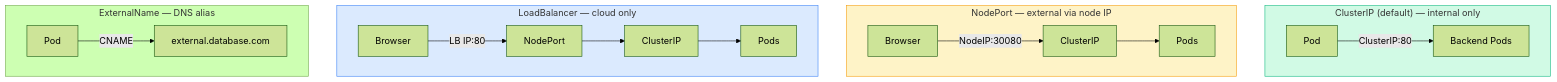
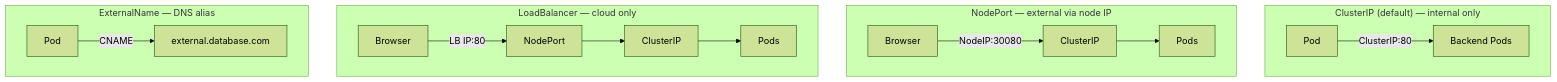
Before and after one commit to Gautam4424/k8slearn-content: the second of 2 diagrams in content/cka/03-core-concepts-pods-services-deployments/34-services-clusterip-nodeport-loadbalancer/34-services-clusterip-nodeport-loadbalancer.md, drawn with Mermaid (forest theme). The commit also changed other lines of this file and 40 other files, not shown here.

Commit message:
chore: fix mermaid style regex

````diff
--- a/content/cka/03-core-concepts-pods-services-deployments/34-services-clusterip-nodeport-loadbalancer/34-services-clusterip-nodeport-loadbalancer.md
+++ b/content/cka/03-core-concepts-pods-services-deployments/34-services-clusterip-nodeport-loadbalancer/34-services-clusterip-nodeport-loadbalancer.md
@@ -39,18 +38,15 @@
 ```mermaid
 flowchart TD
     subgraph CIP["ClusterIP (default) — internal only"]
         C1["Pod"] -->|ClusterIP:80| C2["Backend Pods"]
     end
     subgraph NP["NodePort — external via node IP"]
         N1["Browser"] -->|NodeIP:30080| N2["ClusterIP"] --> N3["Pods"]
     end
     subgraph LB["LoadBalancer — cloud only"]
         L1["Browser"] -->|LB IP:80| L2["NodePort"] --> L3["ClusterIP"] --> L4["Pods"]
     end
     subgraph EN["ExternalName — DNS alias"]
         E1["Pod"] -->|CNAME| E2["external.database.com"]
     end
-    style CIP fill:#d1fae5,stroke:#10b981
-    style NP fill:#fef3c7,stroke:#f59e0b
-    style LB fill:#dbeafe,stroke:#3b82f6
 ```
````
